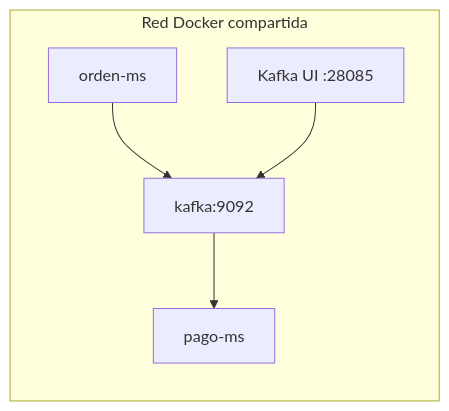
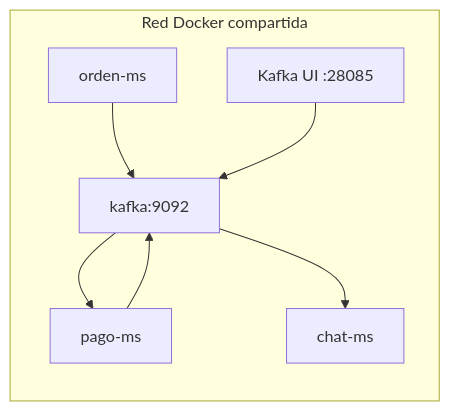
Before and after one commit to erickmijael17/SmartCampus-Marketplace: the second of 2 diagrams in docs/sesiones/s08-kafka-eventos.md, drawn with Mermaid. The commit also changed other lines of this file and 23 other files, not shown here.

Commit message:
docs: update frontend and payment flows

````diff
--- a/docs/sesiones/s08-kafka-eventos.md
+++ b/docs/sesiones/s08-kafka-eventos.md
@@ -56,11 +58,13 @@
 ```mermaid
 flowchart LR
     subgraph Net["Red Docker compartida"]
         Orden["orden-ms"]
         Kafka["kafka:9092"]
         Pago["pago-ms"]
+        Chat["chat-ms"]
         UI["Kafka UI :28085"]
     end
     Orden --> Kafka --> Pago
+    Pago --> Kafka --> Chat
     UI --> Kafka
 ```
````
